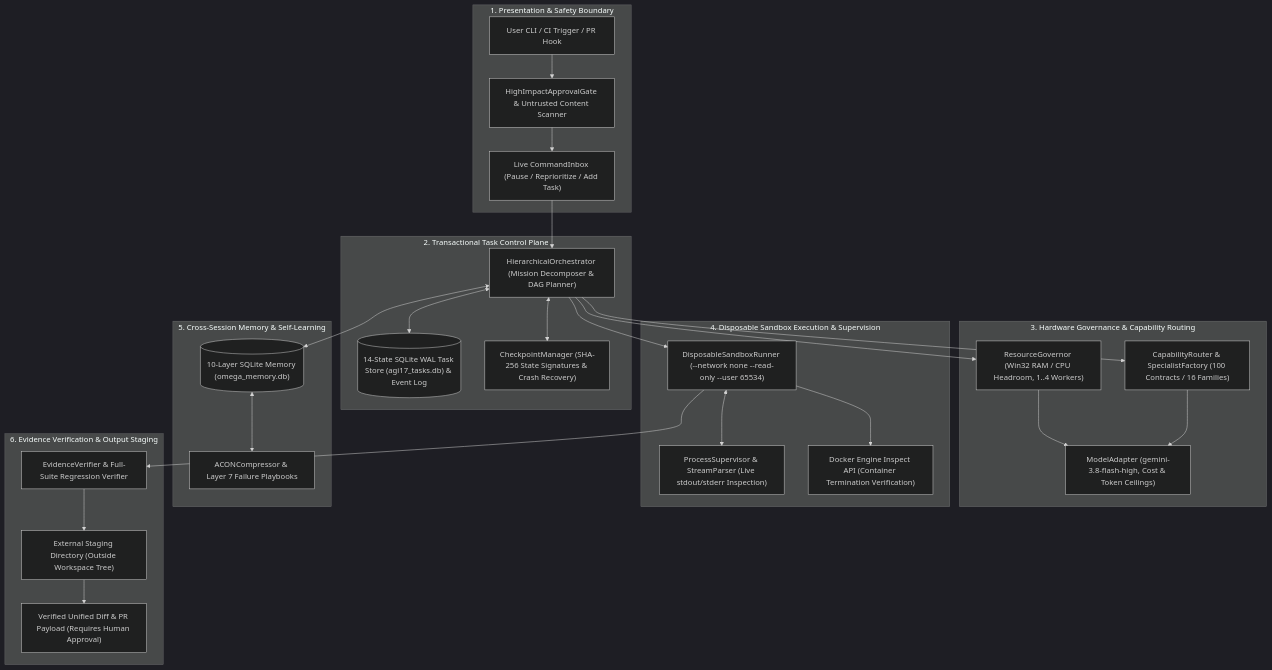
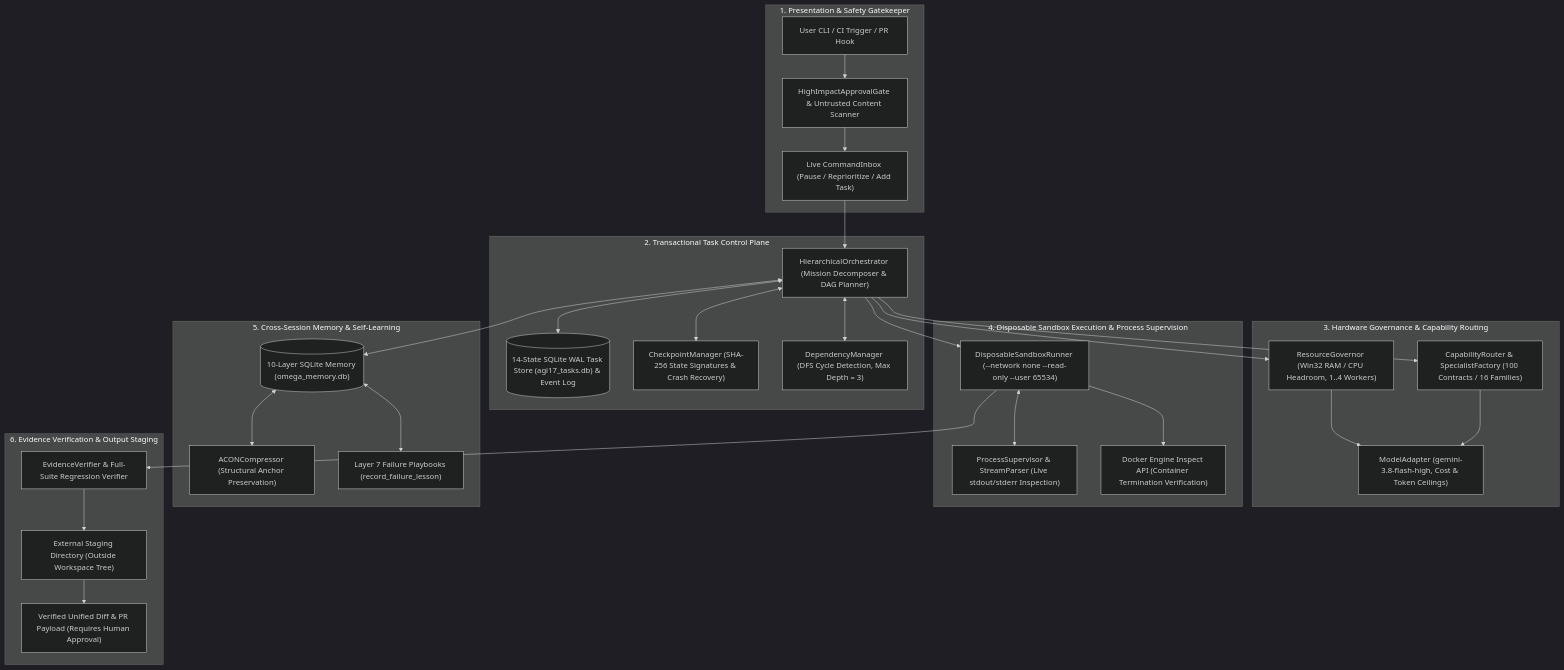
The first of 3 diagrams in README.md (Abhishek200416/AGI-1.6V), drawn with Mermaid (dark theme) before and after one commit. The commit also changed other lines of this file, not shown here.

Commit message:
docs(readme): deep architecture topology, 14-state machine, sequence flow & pure AGI 1.7 scores (no comparison images)

````diff
--- a/README.md
+++ b/README.md
@@ -28,37 +28,39 @@
 ```mermaid
 flowchart TB
-    subgraph Boundary ["1. Presentation & Safety Boundary"]
+    subgraph Boundary ["1. Presentation & Safety Gatekeeper"]
         CLI["User CLI / CI Trigger / PR Hook"] --> GATE["HighImpactApprovalGate & Untrusted Content Scanner"]
         GATE --> INBOX["Live CommandInbox (Pause / Reprioritize / Add Task)"]
     end
 
     subgraph ControlPlane ["2. Transactional Task Control Plane"]
         INBOX --> ORCH["HierarchicalOrchestrator (Mission Decomposer & DAG Planner)"]
         ORCH <--> TASKDB[("14-State SQLite WAL Task Store (agi17_tasks.db) & Event Log")]
         ORCH <--> CHECK["CheckpointManager (SHA-256 State Signatures & Crash Recovery)"]
+        ORCH <--> DEP["DependencyManager (DFS Cycle Detection, Max Depth = 3)"]
     end
 
     subgraph Governance ["3. Hardware Governance & Capability Routing"]
         ORCH --> GOV["ResourceGovernor (Win32 RAM / CPU Headroom, 1..4 Workers)"]
         ORCH --> ROUTER["CapabilityRouter & SpecialistFactory (100 Contracts / 16 Families)"]
         GOV --> MA["ModelAdapter (gemini-3.8-flash-high, Cost & Token Ceilings)"]
         ROUTER --> MA
     end
 
-    subgraph Execution ["4. Disposable Sandbox Execution & Supervision"]
+    subgraph Execution ["4. Disposable Sandbox Execution & Process Supervision"]
         ORCH --> SBX["DisposableSandboxRunner (--network none --read-only --user 65534)"]
         SBX <--> SUP["ProcessSupervisor & StreamParser (Live stdout/stderr Inspection)"]
         SBX --> INSP["Docker Engine Inspect API (Container Termination Verification)"]
     end
 
     subgraph MemoryPlane ["5. Cross-Session Memory & Self-Learning"]
         ORCH <--> MEM[("10-Layer SQLite Memory (omega_memory.db)")]
-        MEM <--> ACON["ACONCompressor & Layer 7 Failure Playbooks"]
+        MEM <--> ACON["ACONCompressor (Structural Anchor Preservation)"]
+        MEM <--> PLAY["Layer 7 Failure Playbooks (record_failure_lesson)"]
     end
 
     subgraph Verification ["6. Evidence Verification & Output Staging"]
         SBX --> VERIF["EvidenceVerifier & Full-Suite Regression Verifier"]
         VERIF --> STAGE["External Staging Directory (Outside Workspace Tree)"]
         STAGE --> DIFF["Verified Unified Diff & PR Payload (Requires Human Approval)"]
     end
 ```
````
